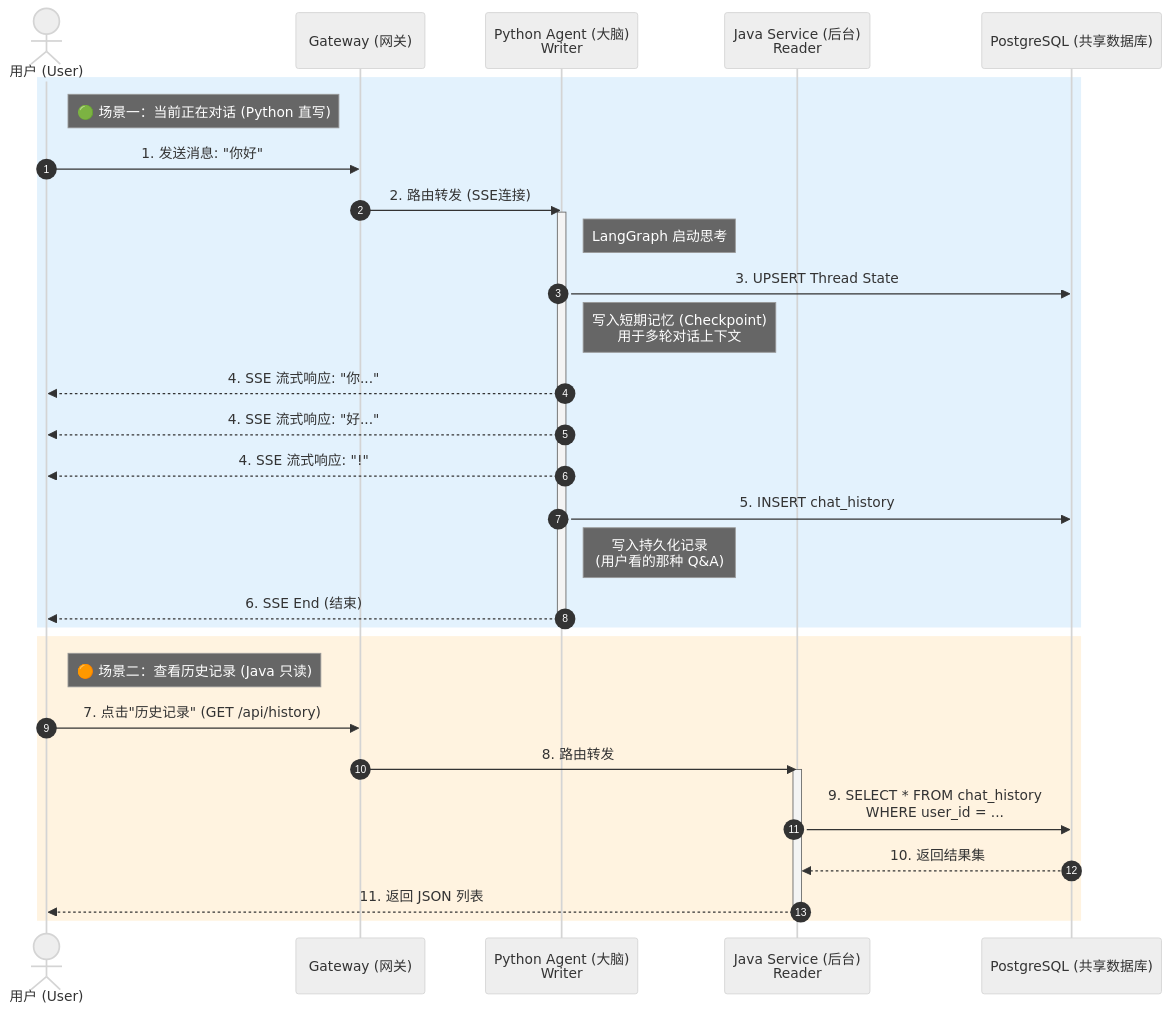
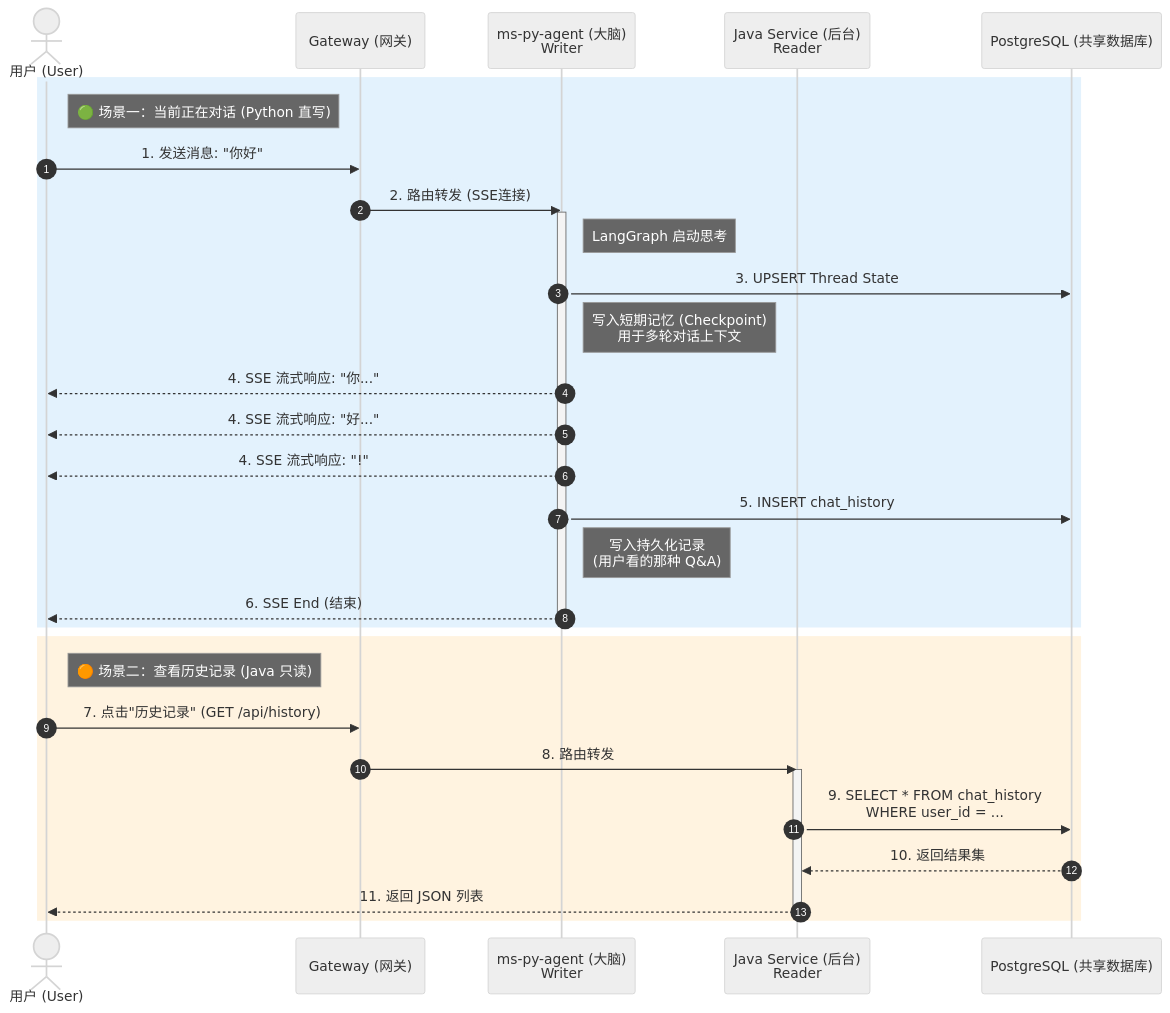
Before and after one commit to tianyaqpzm/ms-java-gateway: the seventh of 7 diagrams in README.md, drawn with Mermaid (neutral theme). The commit also changed other lines of this file and 8 other files, not shown here.

````diff
--- a/README.md
+++ b/README.md
@@ -380,46 +378,46 @@
 ```Mermaid
 sequenceDiagram
     autonumber
     actor User as 用户 (User)
     participant GW as Gateway (网关)
-    participant Py as Python Agent (大脑)<br>Writer
+    participant Py as ms-py-agent (大脑)<br>Writer
     participant Java as Java Service (后台)<br>Reader
     participant DB as PostgreSQL (共享数据库)
 
     rect rgb(227, 242, 253)
     note right of User: 🟢 场景一：当前正在对话 (Python 直写)
     
     User->>GW: 1. 发送消息: "你好"
     GW->>Py: 2. 路由转发 (SSE连接)
     
     activate Py
     note right of Py: LangGraph 启动思考
     
     Py->>DB: 3. UPSERT Thread State
     note right of Py: 写入短期记忆 (Checkpoint)<br>用于多轮对话上下文
     
     Py-->>User: 4. SSE 流式响应: "你..."
     Py-->>User: 4. SSE 流式响应: "好..."
     Py-->>User: 4. SSE 流式响应: "!"
     
     Py->>DB: 5. INSERT chat_history
     note right of Py: 写入持久化记录<br>(用户看的那种 Q&A)
     
     Py-->>User: 6. SSE End (结束)
     deactivate Py
     end
 
     rect rgb(255, 243, 224)
     note right of User: 🟠 场景二：查看历史记录 (Java 只读)
     
     User->>GW: 7. 点击"历史记录" (GET /api/history)
     GW->>Java: 8. 路由转发
     
     activate Java
     Java->>DB: 9. SELECT * FROM chat_history<br>WHERE user_id = ...
     DB-->>Java: 10. 返回结果集
     
     Java-->>User: 11. 返回 JSON 列表
     deactivate Java
     end
 ```
````
